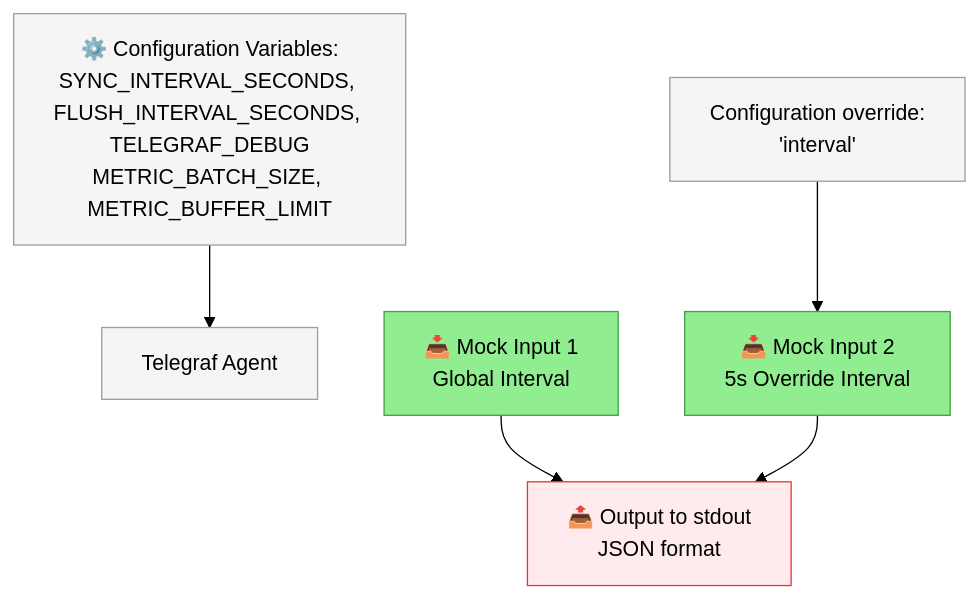
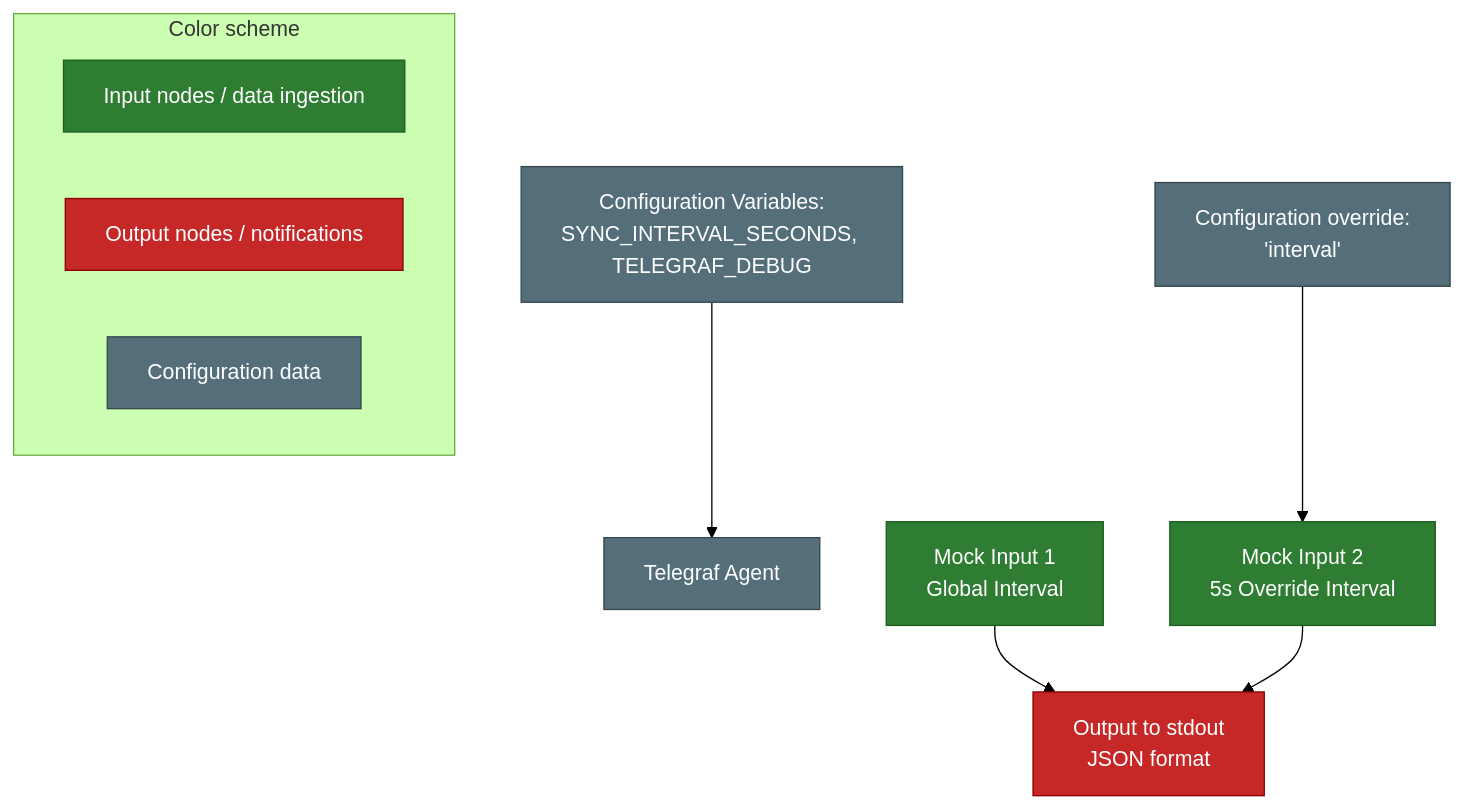
One commit to fixedit-ai/fixedit-data-agent-examples changed the diagram in project-hello-world/README.md. Above: the diagram before and after it, drawn with Mermaid (forest theme). The commit also changed other lines of this file, not shown here.

Commit message:
Improve Hello World README readability and make diagram work in dark and light mode

````diff
--- a/project-hello-world/README.md
+++ b/project-hello-world/README.md
@@ -9,18 +44,26 @@
 ```mermaid
 flowchart TD
-    X0["⚙️ Configuration Variables:<br/>SYNC_INTERVAL_SECONDS, FLUSH_INTERVAL_SECONDS, TELEGRAF_DEBUG<br/>METRIC_BATCH_SIZE, METRIC_BUFFER_LIMIT"] --> X1
+    X0["Configuration Variables:<br/>SYNC_INTERVAL_SECONDS, TELEGRAF_DEBUG"] --> X1
     X1["Telegraf Agent"]
 
     X2["Configuration override:<br/>'interval'"] --> A2
 
-    A1["📥 Mock Input 1<br/>Global Interval"] --> C
-    A2["📥 Mock Input 2<br/>5s Override Interval"] --> C
-    C["📤 Output to stdout<br/>JSON format"]
+    A1["Mock Input 1<br/>Global Interval"] --> C
+    A2["Mock Input 2<br/>5s Override Interval"] --> C
+    C["Output to stdout<br/>JSON format"]
 
-    style X0 fill:#f5f5f5,stroke:#9e9e9e
-    style X1 fill:#f5f5f5,stroke:#9e9e9e
-    style X2 fill:#f5f5f5,stroke:#9e9e9e
-    style A1 fill:#90EE90,stroke:#43a047
-    style A2 fill:#90EE90,stroke:#43a047
-    style C fill:#ffebee,stroke:#e53935
+    subgraph Legend["Color scheme"]
+        direction LR
+        L1["Input nodes / data ingestion"]
+        L2["Output nodes / notifications"]
+        L3["Configuration data"]
+    end
+
+    classDef config fill:#546e7a,stroke:#37474f,color:#ffffff
+    classDef input fill:#2e7d32,stroke:#1b5e20,color:#ffffff
+    classDef output fill:#c62828,stroke:#8e0000,color:#ffffff
+
+    class X0,X1,X2,L3 config
+    class A1,A2,L1 input
+    class C,L2 output
 ```
````
